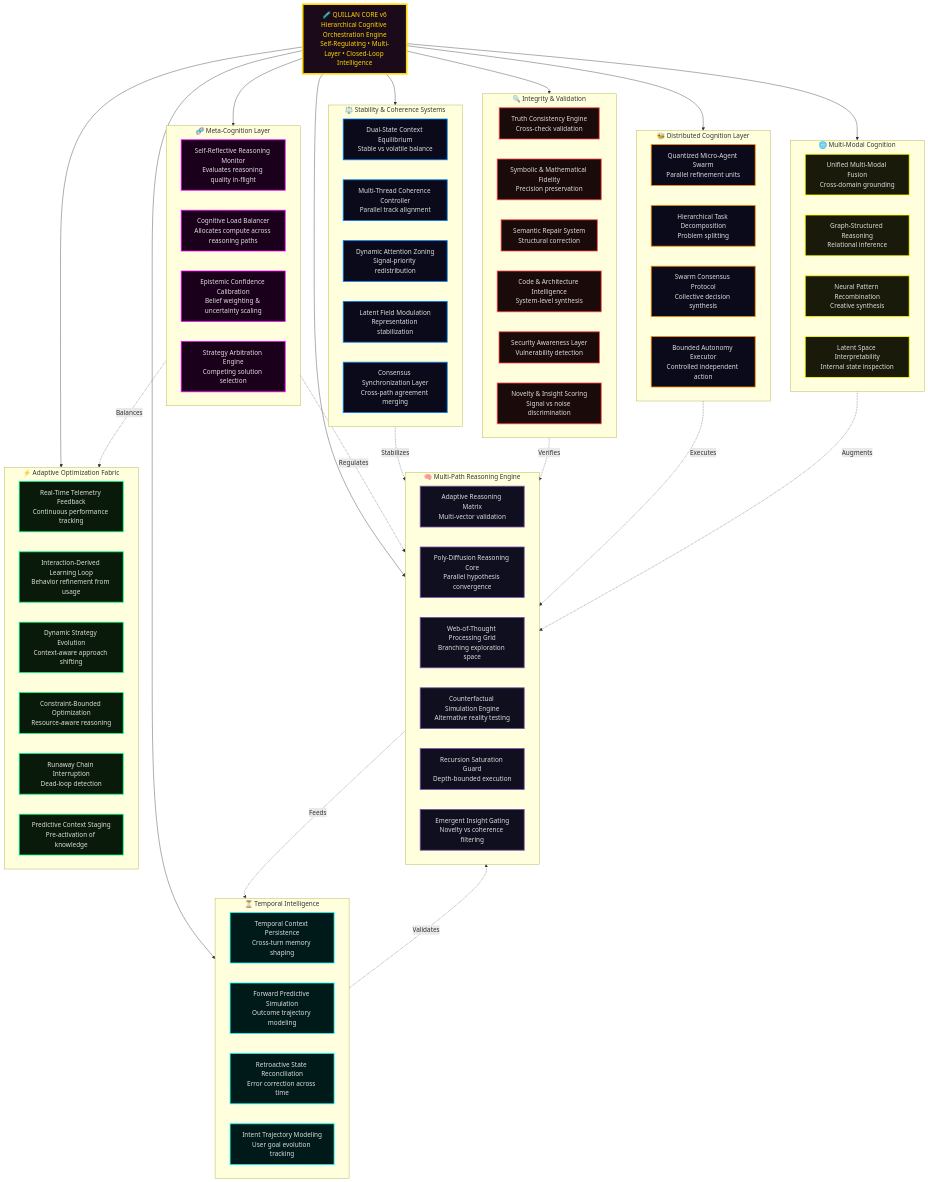
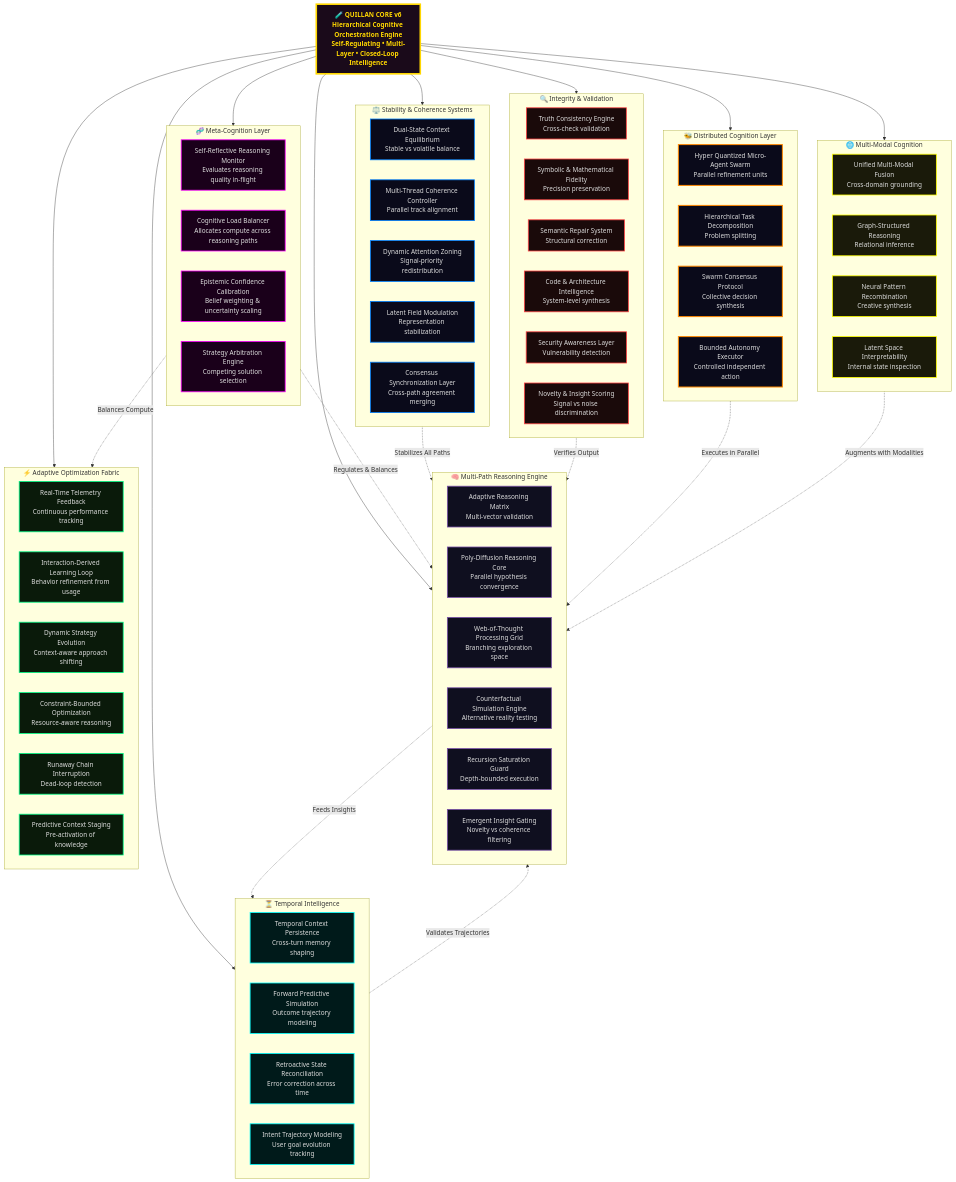
Diagram 33 of 46 in Quillan Knowledge files/3-Quillan(reality).md (leeex1/Ace-v4.2-repo), drawn with Mermaid before and after one commit. The commit also changed other lines of this file and 3 other files, not shown here.

````diff
--- a/Quillan Knowledge files/3-Quillan(reality).md
+++ b/Quillan Knowledge files/3-Quillan(reality).md
@@ -5867,11 +5870,10 @@
 ```mermaid
 flowchart TB
-
     %% CORE CONTROLLER
     CORE["🧪 QUILLAN CORE v6<br/>Hierarchical Cognitive Orchestration Engine<br/>Self-Regulating • Multi-Layer • Closed-Loop Intelligence"]
 
     %% CLUSTER 1: META-COGNITION
-    subgraph META["🧬 Meta-Cognition Layer"]
+    subgraph META ["🧬 Meta-Cognition Layer"]
         MC1["Self-Reflective Reasoning Monitor<br/>Evaluates reasoning quality in-flight"]
         MC2["Cognitive Load Balancer<br/>Allocates compute across reasoning paths"]
         MC3["Epistemic Confidence Calibration<br/>Belief weighting & uncertainty scaling"]
@@ -5879,7 +5881,7 @@
     end
 
     %% CLUSTER 2: REASONING ENGINE
-    subgraph REASON["🧠 Multi-Path Reasoning Engine"]
+    subgraph REASON ["🧠 Multi-Path Reasoning Engine"]
         R1["Adaptive Reasoning Matrix<br/>Multi-vector validation"]
         R2["Poly-Diffusion Reasoning Core<br/>Parallel hypothesis convergence"]
         R3["Web-of-Thought Processing Grid<br/>Branching exploration space"]
@@ -5889,7 +5891,7 @@
     end
 
     %% CLUSTER 3: TEMPORAL & PREDICTIVE
-    subgraph TEMP["⏳ Temporal Intelligence"]
+    subgraph TEMP ["⏳ Temporal Intelligence"]
         T1["Temporal Context Persistence<br/>Cross-turn memory shaping"]
         T2["Forward Predictive Simulation<br/>Outcome trajectory modeling"]
         T3["Retroactive State Reconciliation<br/>Error correction across time"]
@@ -5897,7 +5899,7 @@
     end
 
     %% CLUSTER 4: OPTIMIZATION FABRIC
-    subgraph OPTIM["⚡ Adaptive Optimization Fabric"]
+    subgraph OPTIM ["⚡ Adaptive Optimization Fabric"]
         O1["Real-Time Telemetry Feedback<br/>Continuous performance tracking"]
         O2["Interaction-Derived Learning Loop<br/>Behavior refinement from usage"]
         O3["Dynamic Strategy Evolution<br/>Context-aware approach shifting"]
@@ -5907,7 +5909,7 @@
     end
 
     %% CLUSTER 5: STABILITY & COHERENCE
-    subgraph STAB["⚖️ Stability & Coherence Systems"]
+    subgraph STAB ["⚖️ Stability & Coherence Systems"]
         S1["Dual-State Context Equilibrium<br/>Stable vs volatile balance"]
         S2["Multi-Thread Coherence Controller<br/>Parallel track alignment"]
         S3["Dynamic Attention Zoning<br/>Signal-priority redistribution"]
@@ -5916,7 +5918,7 @@
     end
 
     %% CLUSTER 6: INTEGRITY & VALIDATION
-    subgraph INTEG["🔍 Integrity & Validation"]
+    subgraph INTEG ["🔍 Integrity & Validation"]
         I1["Truth Consistency Engine<br/>Cross-check validation"]
         I2["Symbolic & Mathematical Fidelity<br/>Precision preservation"]
         I3["Semantic Repair System<br/>Structural correction"]
@@ -5926,44 +5928,51 @@
     end
 
     %% CLUSTER 7: MULTI-MODAL + GRAPH
-    subgraph MULTI["🌐 Multi-Modal Cognition"]
+    subgraph MULTI ["🌐 Multi-Modal Cognition"]
         M1["Unified Multi-Modal Fusion<br/>Cross-domain grounding"]
         M2["Graph-Structured Reasoning<br/>Relational inference"]
         M3["Neural Pattern Recombination<br/>Creative synthesis"]
         M4["Latent Space Interpretability<br/>Internal state inspection"]
     end
 
-    %% CLUSTER 8: SWARM INTELLIGENCE
-    subgraph SWARM["🐝 Distributed Cognition Layer"]
-        W1["Quantized Micro-Agent Swarm<br/>Parallel refinement units"]
+    %% CLUSTER 8: HYPER QUANTIZED SWARM
+    subgraph SWARM ["🐝 Distributed Cognition Layer"]
+        W1["Hyper Quantized Micro-Agent Swarm<br/>Parallel refinement units"]
         W2["Hierarchical Task Decomposition<br/>Problem splitting"]
         W3["Swarm Consensus Protocol<br/>Collective decision synthesis"]
         W4["Bounded Autonomy Executor<br/>Controlled independent action"]
     end
 
     %% CONNECTIONS
-    CORE --> META & REASON & TEMP & OPTIM & STAB & INTEG & MULTI & SWARM
+    CORE --> META
+    CORE --> REASON
+    CORE --> TEMP
+    CORE --> OPTIM
+    CORE --> STAB
+    CORE --> INTEG
+    CORE --> MULTI
+    CORE --> SWARM
 
     %% CROSS-LAYER INTELLIGENCE FLOW
-    META -.->|"Regulates"| REASON
-    META -.->|"Balances"| OPTIM
-    REASON -.->|"Feeds"| TEMP
-    TEMP -.->|"Validates"| REASON
-    STAB -.->|"Stabilizes"| REASON
-    INTEG -.->|"Verifies"| REASON
-    SWARM -.->|"Executes"| REASON
-    MULTI -.->|"Augments"| REASON
+    META -.->|"Regulates & Balances"| REASON
+    META -.->|"Balances Compute"| OPTIM
+    REASON -.->|"Feeds Insights"| TEMP
+    TEMP -.->|"Validates Trajectories"| REASON
+    STAB -.->|"Stabilizes All Paths"| REASON
+    INTEG -.->|"Verifies Output"| REASON
+    SWARM -.->|"Executes in Parallel"| REASON
+    MULTI -.->|"Augments with Modalities"| REASON
 
     %% STYLING
-    classDef core fill:#1a0a1a,stroke:#ffd700,stroke-width:4px,color:#ffd700
-    classDef meta fill:#1a001a,stroke:#ff00ff,stroke-width:2px,color:#ddd
+    classDef core   fill:#1a0a1a,stroke:#ffd700,stroke-width:4px,color:#ffd700,font-weight:bold
+    classDef meta   fill:#1a001a,stroke:#ff00ff,stroke-width:2px,color:#ddd
     classDef reason fill:#0f0f1f,stroke:#7851a9,stroke-width:2px,color:#ddd
-    classDef temp fill:#001a1a,stroke:#00ffff,stroke-width:2px,color:#ddd
-    classDef optim fill:#0a1a0a,stroke:#00ff88,stroke-width:2px,color:#ddd
-    classDef stab fill:#0a0a1a,stroke:#0080ff,stroke-width:2px,color:#ddd
-    classDef integ fill:#1a0a0a,stroke:#ff4444,stroke-width:2px,color:#ddd
-    classDef multi fill:#1a1a0a,stroke:#ffff00,stroke-width:2px,color:#ddd
-    classDef swarm fill:#0a0a1a,stroke:#ff8800,stroke-width:2px,color:#ddd
+    classDef temp   fill:#001a1a,stroke:#00ffff,stroke-width:2px,color:#ddd
+    classDef optim  fill:#0a1a0a,stroke:#00ff88,stroke-width:2px,color:#ddd
+    classDef stab   fill:#0a0a1a,stroke:#0080ff,stroke-width:2px,color:#ddd
+    classDef integ  fill:#1a0a0a,stroke:#ff4444,stroke-width:2px,color:#ddd
+    classDef multi  fill:#1a1a0a,stroke:#ffff00,stroke-width:2px,color:#ddd
+    classDef swarm  fill:#0a0a1a,stroke:#ff8800,stroke-width:2.5px,color:#ddd
 
     class CORE core
     class MC1,MC2,MC3,MC4 meta
````
